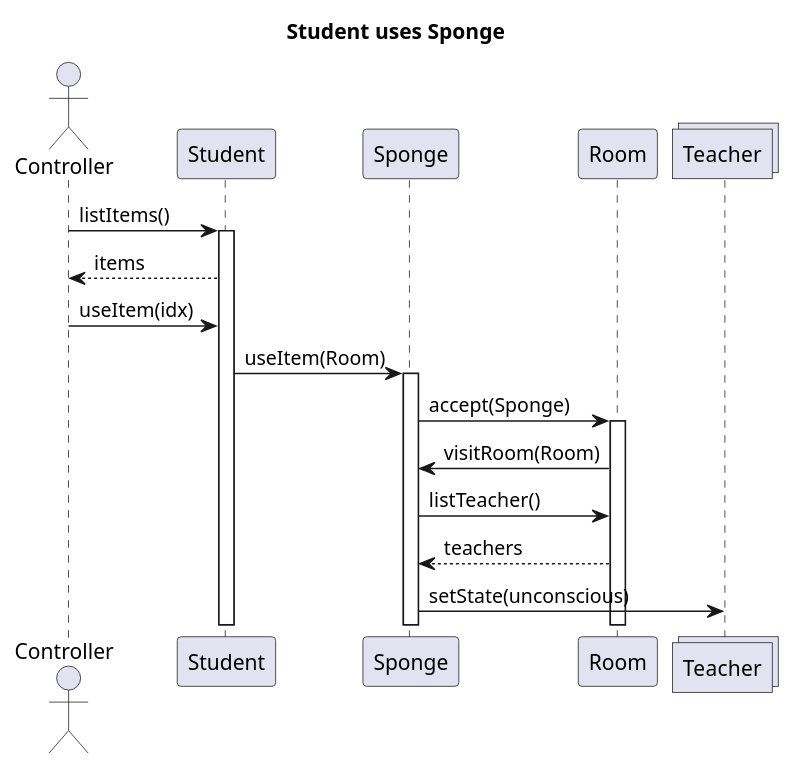
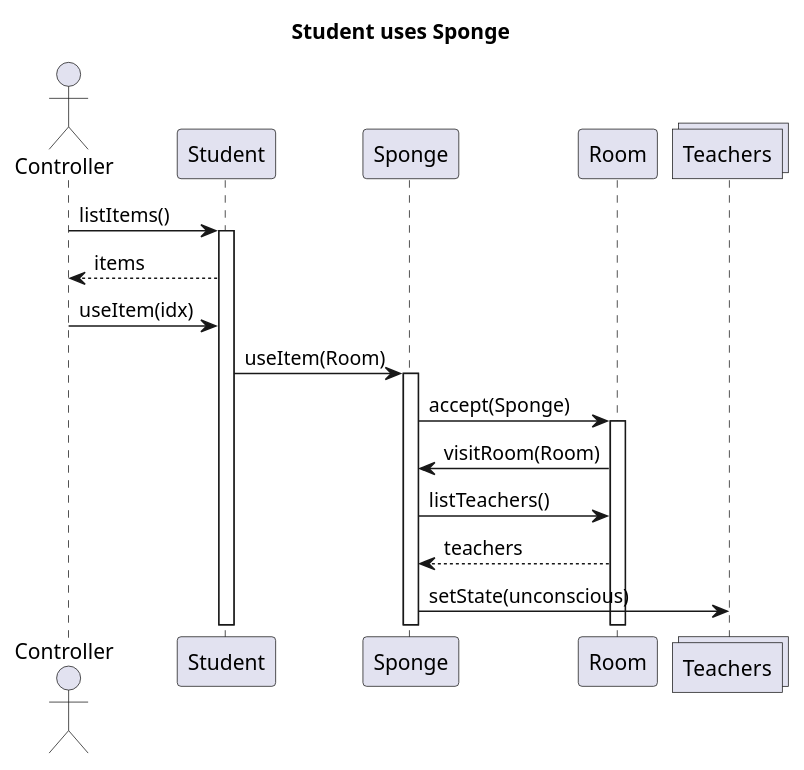
Before and after one commit to MBakter/echo: the diagram in docs/szivacs.plantuml, drawn with PlantUML. The commit also changed 4 other files, not shown here.

```diff
--- a/docs/szivacs.plantuml
+++ b/docs/szivacs.plantuml
@@ -1,23 +1,23 @@
 @startuml
 title Student uses Sponge
 
 actor Controller as c order 1
 participant Student order 20
 participant Sponge as i order 40
 participant Room order 50
-collections Teacher as t order 60
+collections Teachers as t order 60
 
 c -> Student : listItems()
 activate Student
 Student --> c : items
 c -> Student : useItem(idx)
 Student -> i : useItem(Room)
 activate i
 i -> Room : accept(Sponge)
 activate Room
 Room -> i : visitRoom(Room)
-i -> Room : listTeacher()
+i -> Room : listTeachers()
 Room --> i : teachers
 i -> t : setState(unconscious) 
 
 @enduml
```
